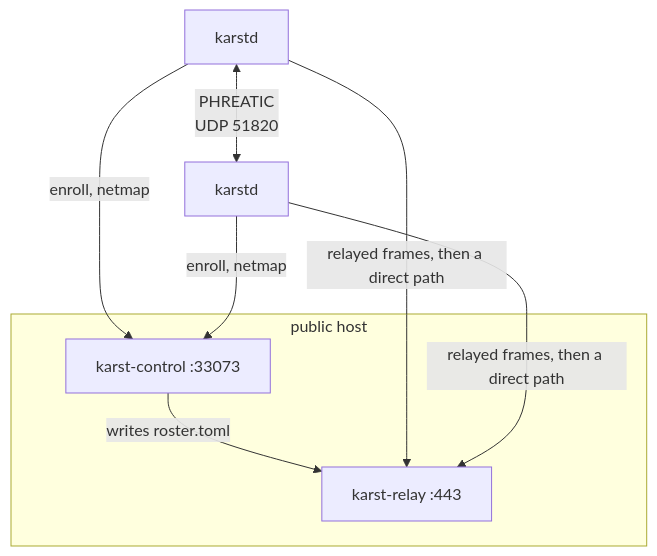
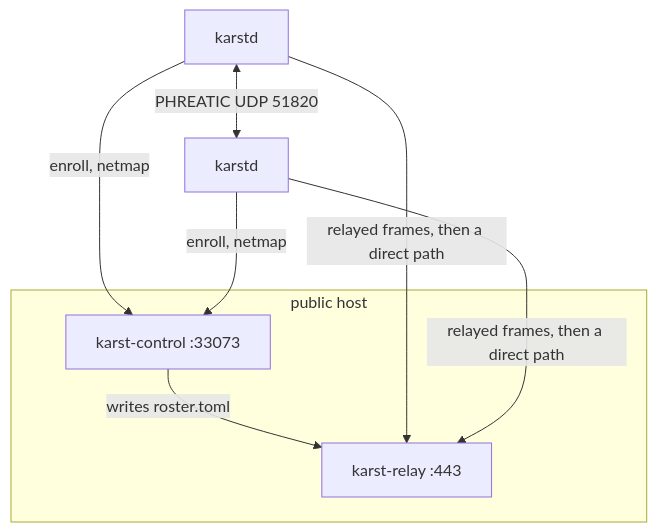
The diagram in docs/GETTING-STARTED.md (karst-net/karst), drawn with Mermaid before and after one commit. The commit also changed other lines of this file and 21 other files, not shown here.

````diff
--- a/docs/GETTING-STARTED.md
+++ b/docs/GETTING-STARTED.md
@@ -42,13 +50,13 @@
 ```mermaid walkthrough=none reason="diagram"
 flowchart TB
     subgraph Host[public host]
         Control["karst-control :33073"]
         Relay["karst-relay :443"]
         Control -->|writes roster.toml| Relay
     end
     NodeA[karstd] -->|enroll, netmap| Control
     NodeB[karstd] -->|enroll, netmap| Control
     NodeA -->|relayed frames, then a direct path| Relay
     NodeB -->|relayed frames, then a direct path| Relay
-    NodeA <-->|PHREATIC<br/>UDP 51820| NodeB
+    NodeA <-->|PHREATIC UDP 51820| NodeB
 ```
````
